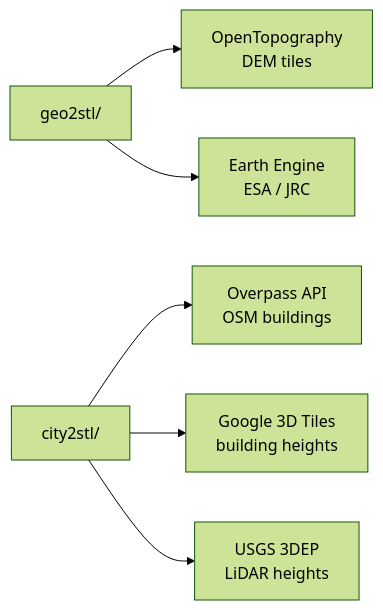
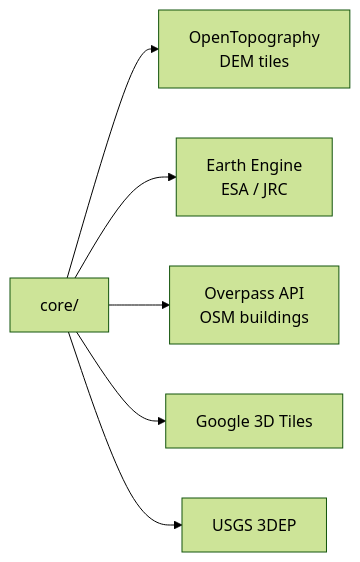
Before and after one commit to EdgarCardenasDeLaHoz/map2stl: the second of 15 diagrams in docs/arch.md, drawn with Mermaid (forest theme). The commit also changed other lines of this file and 63 other files, not shown here.

````diff
--- a/docs/arch.md
+++ b/docs/arch.md
@@ -41,8 +22,8 @@
 ```mermaid
 flowchart LR
-    GEO["geo2stl/"] --> OT["OpenTopography<br/>DEM tiles"]
-    GEO --> EE["Earth Engine<br/>ESA / JRC"]
-    CITY["city2stl/"] --> OSM["Overpass API<br/>OSM buildings"]
-    CITY --> G3D["Google 3D Tiles<br/>building heights"]
-    CITY --> USGS["USGS 3DEP<br/>LiDAR heights"]
+    CORE["core/"] --> OT["OpenTopography<br/>DEM tiles"]
+    CORE --> EE["Earth Engine<br/>ESA / JRC"]
+    CORE --> OSM["Overpass API<br/>OSM buildings"]
+    CORE --> G3D["Google 3D Tiles"]
+    CORE --> USGS["USGS 3DEP"]
 ```
````
